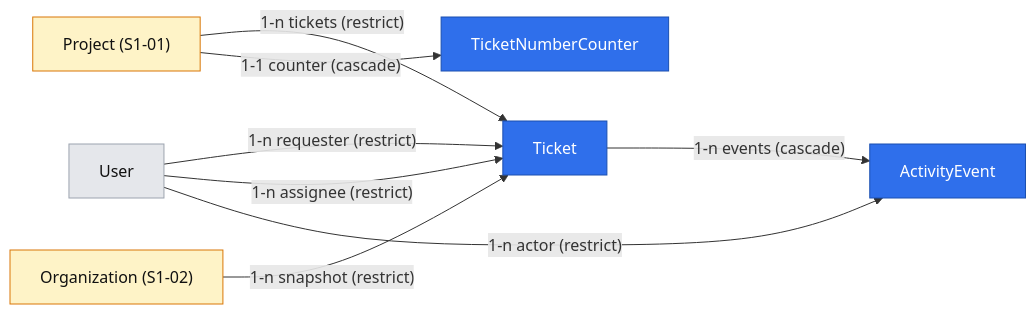
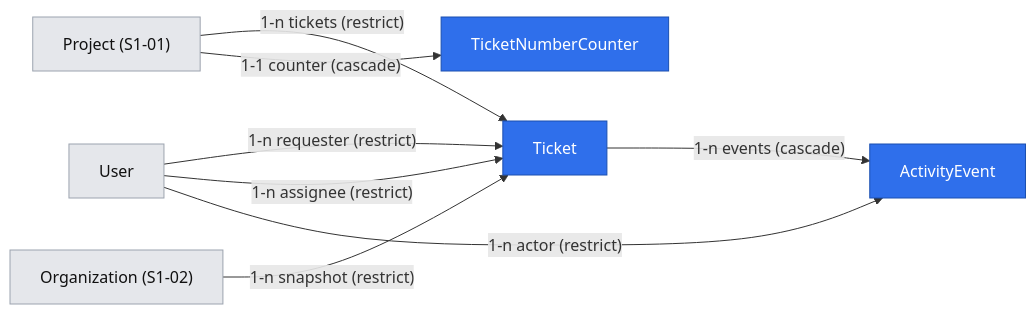
Before and after one commit to trybun/trybun: the diagram in .ai/specs/2026-10-26-ticket-model.md, drawn with Mermaid. The commit also changed other lines of this file, not shown here.

````diff
--- a/.ai/specs/2026-10-26-ticket-model.md
+++ b/.ai/specs/2026-10-26-ticket-model.md
@@ -62,21 +62,20 @@
 ```mermaid
 flowchart LR
     classDef newEntity fill:#2f6feb,color:#fff,stroke:#1b4fb0
     classDef existingEntity fill:#e5e7eb,color:#111,stroke:#9ca3af
-    classDef plannedEntity fill:#fef3c7,color:#111,stroke:#d97706
 
     entity_1["Ticket"]:::newEntity
     entity_2["TicketNumberCounter"]:::newEntity
     entity_3["ActivityEvent"]:::newEntity
     entity_4["User"]:::existingEntity
-    entity_5["Project (S1-01)"]:::plannedEntity
-    entity_6["Organization (S1-02)"]:::plannedEntity
+    entity_5["Project (S1-01)"]:::existingEntity
+    entity_6["Organization (S1-02)"]:::existingEntity
 
     entity_5 -->|"1-n tickets (restrict)"| entity_1
     entity_5 -->|"1-1 counter (cascade)"| entity_2
     entity_4 -->|"1-n requester (restrict)"| entity_1
     entity_4 -->|"1-n assignee (restrict)"| entity_1
     entity_6 -->|"1-n snapshot (restrict)"| entity_1
     entity_1 -->|"1-n events (cascade)"| entity_3
     entity_4 -->|"1-n actor (restrict)"| entity_3
 ```
````
